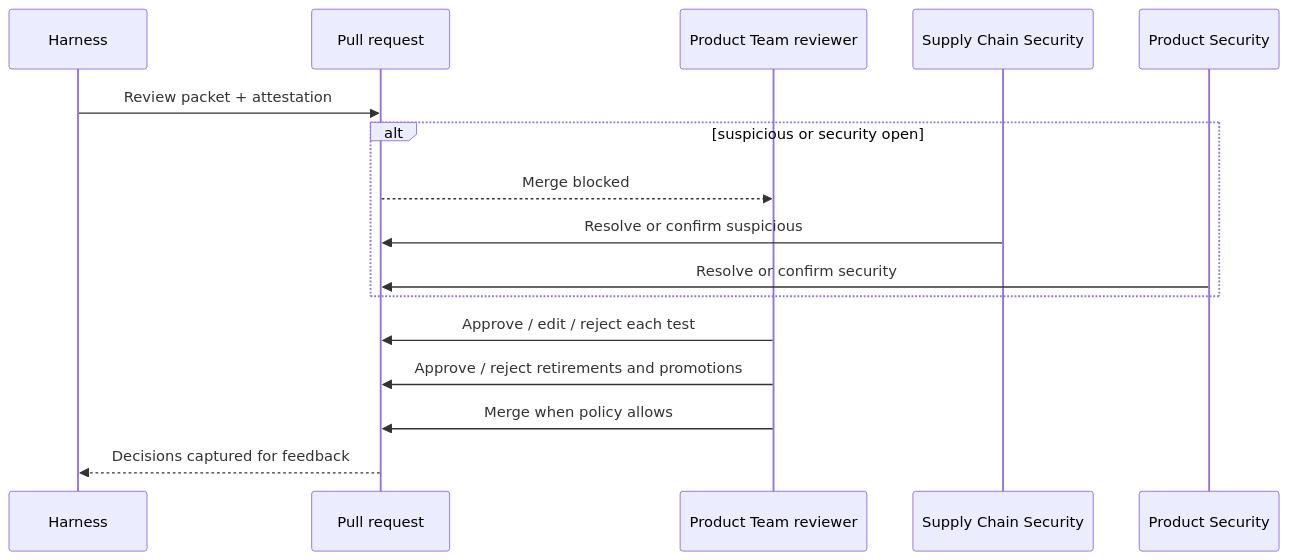
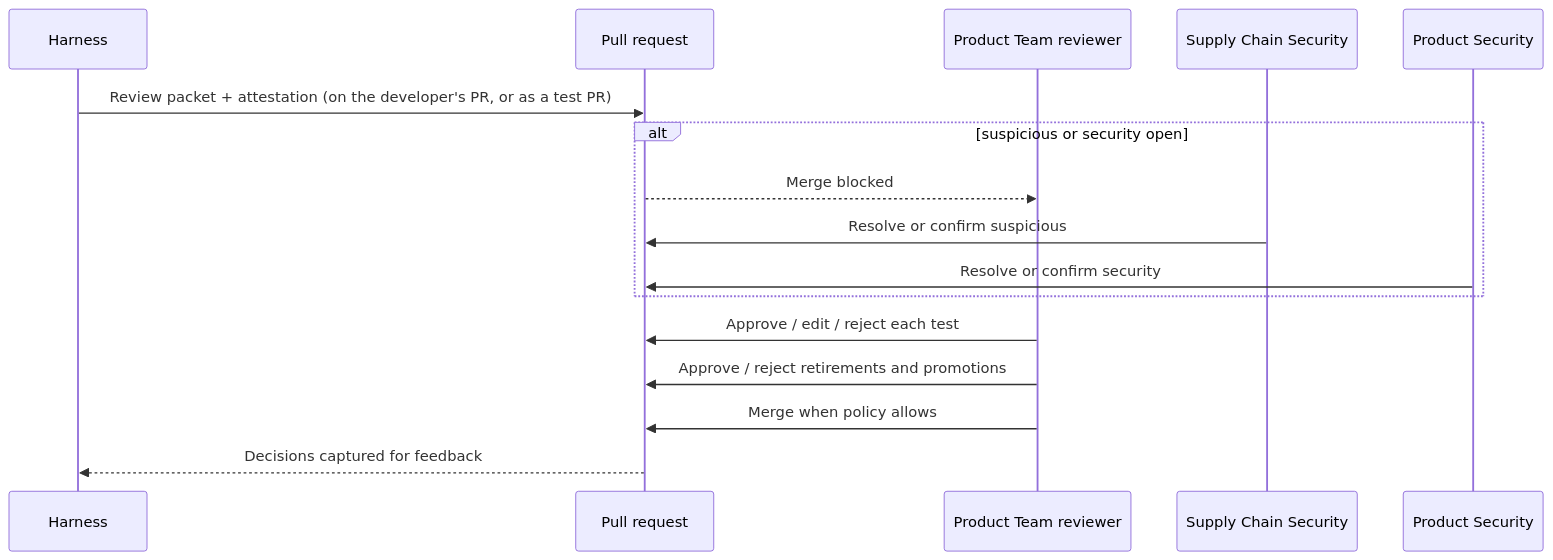
The seventh of 18 diagrams in docs/06-workflows-and-raci.md (croadfeldt/ai-test-harness), drawn with Mermaid before and after one commit. The commit also changed other lines of this file and 9 other files, not shown here.

````diff
--- a/docs/06-workflows-and-raci.md
+++ b/docs/06-workflows-and-raci.md
@@ -226,18 +235,18 @@
 ```mermaid
 sequenceDiagram
     participant H as Harness
     participant PR as Pull request
     participant PT as Product Team reviewer
     participant SCS as Supply Chain Security
     participant PS as Product Security
-    H->>PR: Review packet + attestation
+    H->>PR: Review packet + attestation (on the developer's PR, or as a test PR)
     alt suspicious or security open
         PR-->>PT: Merge blocked
         SCS->>PR: Resolve or confirm suspicious
         PS->>PR: Resolve or confirm security
     end
     PT->>PR: Approve / edit / reject each test
     PT->>PR: Approve / reject retirements and promotions
     PT->>PR: Merge when policy allows
     PR-->>H: Decisions captured for feedback
 ```
````
